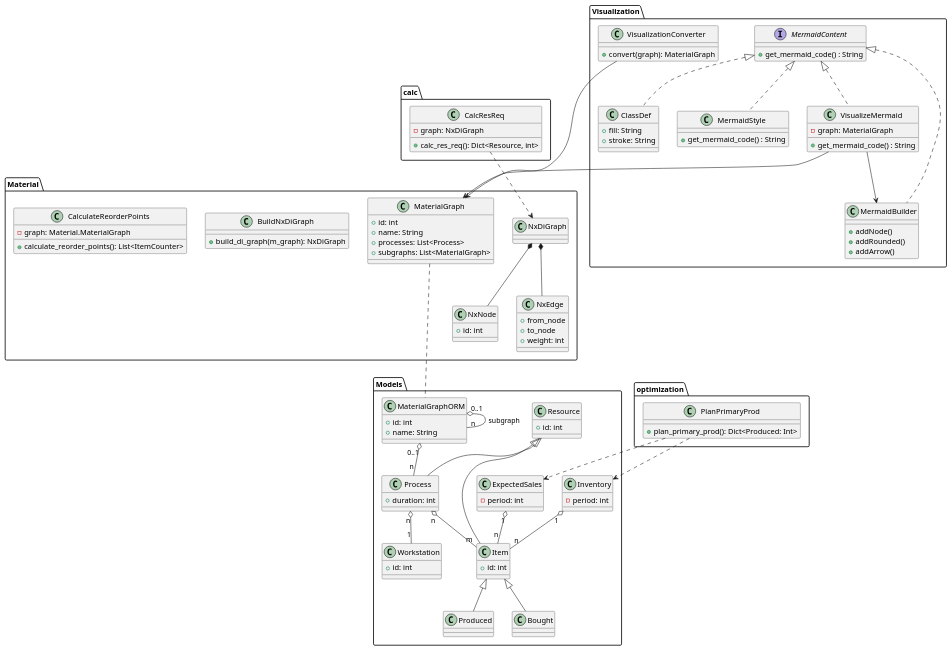
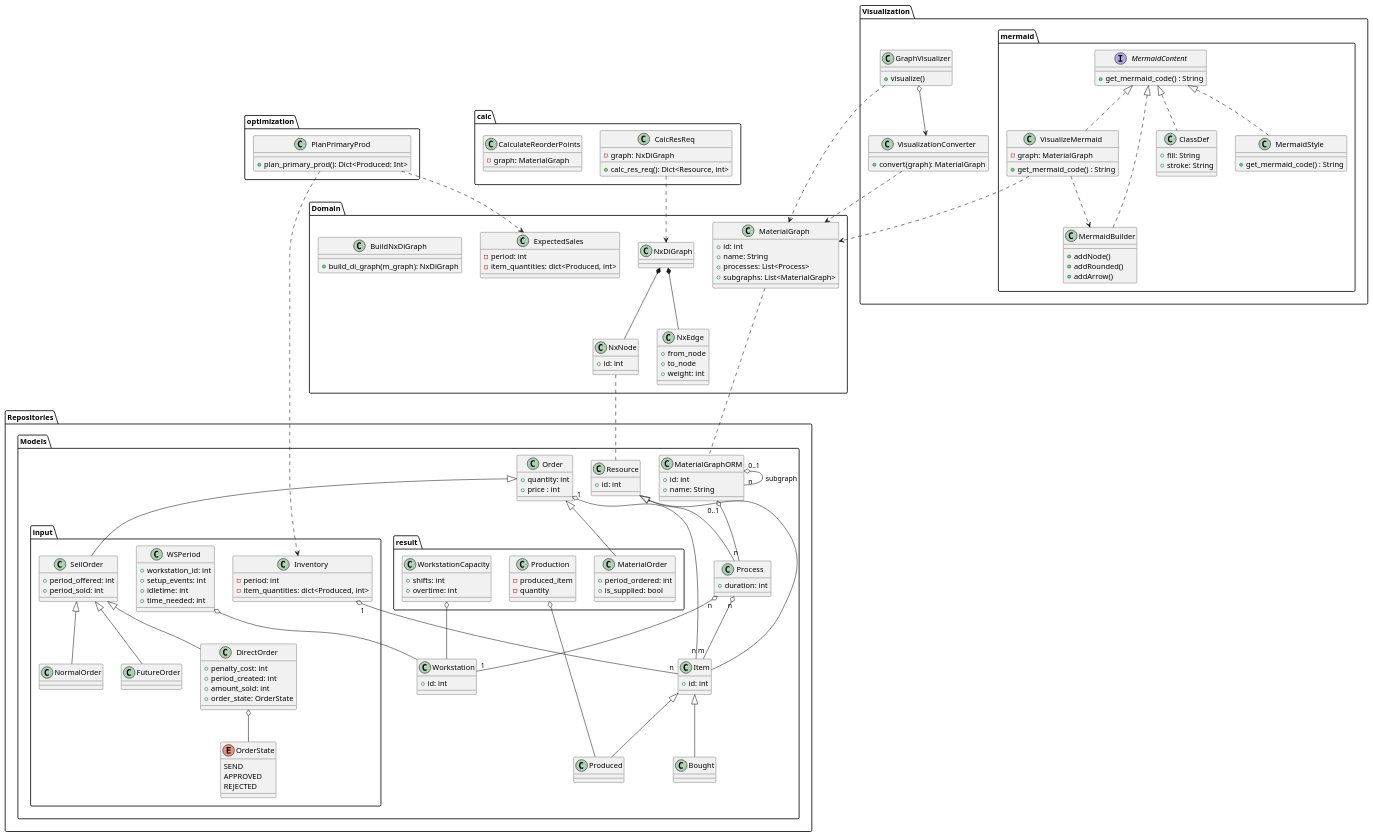
Before and after one commit to buecktobias/ibsys2SCM: the diagram in user-docs/extras/architecture_diagrams/full_class_architecture.puml, drawn with PlantUML. The commit also changed 1 other file, not shown here.

Commit message:
refactor: enhance class architecture and ORM structure in diagrams

```diff
--- a/user-docs/extras/architecture_diagrams/full_class_architecture.puml
+++ b/user-docs/extras/architecture_diagrams/full_class_architecture.puml
@@ -3,48 +3,121 @@
 top to bottom direction
 ' ===== ORM Package =====
 
-package Models {
-  class MaterialGraphORM {
-    + id: int
-    + name: String
-  }
 
-  class Resource{
-    + id: int
-  }
-
-  class Process extends Resource {
-    + duration: int
-  }
-  class Item extends Resource {
-    + id: int
-  }
-  class Produced extends Item{
-  }
-  class Bought extends Item{
-  }
-
-  class Workstation {
-    + id: int
-  }
-
-  class ExpectedSales {
-    - period: int
-  }
-
-  class Inventory{
-    - period: int
-  }
+package Repositories{
 
 
-  ' ORM Associations
-  MaterialGraphORM "0..1" o-- "n" Process
-  MaterialGraphORM "0..1" o--- "n" MaterialGraphORM: "subgraph"
-  Process "n" o-- "m" Item
-  Process "n" o-- "1" Workstation
-  Inventory "1" o-- "n" Item
 
-  ExpectedSales "1" o-- "n" Item
+    package Models {
+        class Order{
+            + quantity: int
+            + price : int
+
+        }
+
+             package result{
+                class MaterialOrder{
+                    + period_ordered: int
+                    + is_supplied: bool
+                }
+
+                class Production{
+                    - produced_item
+                    - quantity
+                }
+
+                class WorkstationCapacity{
+                    + shifts: int
+                    + overtime: int
+                }
+
+             }
+
+
+
+             package input{
+                  class WSPeriod{
+                     + workstation_id: int
+                     + setup_events: int
+                     + idletime: int
+                     + time_needed: int
+                  }
+
+                  enum OrderState{
+                    SEND
+                    APPROVED
+                    REJECTED
+                  }
+
+
+
+                  class SellOrder{
+                      + period_offered: int
+                      + period_sold: int
+                  }
+
+                  class NormalOrder extends SellOrder{
+                  }
+                  class FutureOrder extends SellOrder {
+                  }
+
+                  class DirectOrder extends SellOrder{
+                     + penalty_cost: int
+                     + period_created: int
+                     + amount_sold: int
+                     + order_state: OrderState
+                  }
+
+
+
+                  class Inventory{
+                    - period: int
+                    - item_quantities: dict<Produced, int>
+                  }
+
+                  DirectOrder o-- OrderState
+          }
+
+
+      class MaterialGraphORM {
+        + id: int
+        + name: String
+      }
+
+      class Resource{
+        + id: int
+      }
+
+      class Process extends Resource {
+        + duration: int
+      }
+      class Item extends Resource {
+        + id: int
+      }
+      class Produced extends Item{
+      }
+      class Bought extends Item{
+      }
+
+      class Workstation {
+        + id: int
+      }
+
+      ' ORM Associations
+
+
+
+      MaterialGraphORM "0..1" o-- "n" Process
+      MaterialGraphORM "0..1" o--- "n" MaterialGraphORM: "subgraph"
+      Process "n" o-- "m" Item
+      Process "n" o-- "1" Workstation
+      Inventory "1" o-- "n" Item
+      Order "1" o-- "n" Item
+      WSPeriod o-- Workstation
+      WorkstationCapacity o-- Workstation
+      Production o-- Produced
+    }
+
 }
 
 package optimization {
@@ -58,11 +131,18 @@
         - graph: NxDiGraph
         + calc_res_req(): Dict<Resource, int>
     }
+
+    class CalculateReorderPoints {
+        - graph: MaterialGraph
+    }
 }
 
 
-package Material {
-
+package Domain {
+    class ExpectedSales {
+        - period: int
+        - item_quantities: dict<Produced, int>
+    }
     class MaterialGraph {
         + id: int
         + name: String
@@ -89,12 +169,6 @@
 
 
 
-
-    class CalculateReorderPoints {
-        - graph: Material.MaterialGraph
-        + calculate_reorder_points(): List<ItemCounter>
-    }
-
     NxDiGraph *-- NxEdge
     NxDiGraph *-- NxNode
 
@@ -105,41 +179,55 @@
 
 
 package "Visualization" {
+
+    class GraphVisualizer{
+        + visualize()
+    }
+
     class VisualizationConverter {
-      + convert(graph): MaterialGraph
+    + convert(graph): MaterialGraph
     }
-  interface MermaidContent {
-    + get_mermaid_code() : String
-  }
 
-  class ClassDef implements MermaidContent {
-    + fill: String
-    + stroke: String
-  }
+    package mermaid{
+      interface MermaidContent {
+        + get_mermaid_code() : String
+      }
 
-  class MermaidStyle implements MermaidContent {
-    + get_mermaid_code() : String
-  }
+      class ClassDef implements MermaidContent {
+        + fill: String
+        + stroke: String
+      }
 
-  class MermaidBuilder implements MermaidContent {
-    + addNode()
-    + addRounded()
-    + addArrow()
-  }
+      class MermaidStyle implements MermaidContent {
+        + get_mermaid_code() : String
+      }
 
-  class VisualizeMermaid implements MermaidContent {
-    - graph: MaterialGraph
-    + get_mermaid_code() : String
-  }
+      class MermaidBuilder implements MermaidContent {
+        + addNode()
+        + addRounded()
+        + addArrow()
+      }
 
-  ' Visualization Dependencies
-  VisualizationConverter --> Material.MaterialGraph
-  VisualizeMermaid --> MermaidBuilder
-  VisualizeMermaid --> MaterialGraph
+      class VisualizeMermaid implements MermaidContent {
+        - graph: MaterialGraph
+        + get_mermaid_code() : String
+      }
+    }
+
+    ' Visualization Dependencies
+    VisualizationConverter ..> MaterialGraph
+    VisualizeMermaid ..> MermaidBuilder
+    VisualizeMermaid ..> MaterialGraph
+
+    GraphVisualizer o--> VisualizationConverter
+    GraphVisualizer ..> MaterialGraph
 }
 CalcResReq ..> NxDiGraph
 PlanPrimaryProd ..> Inventory
 PlanPrimaryProd ..> ExpectedSales
 MaterialGraph ... MaterialGraphORM
+SellOrder -up-|> Order
+MaterialOrder -up-|> Order
 
+NxNode .. Resource
 @enduml
```
